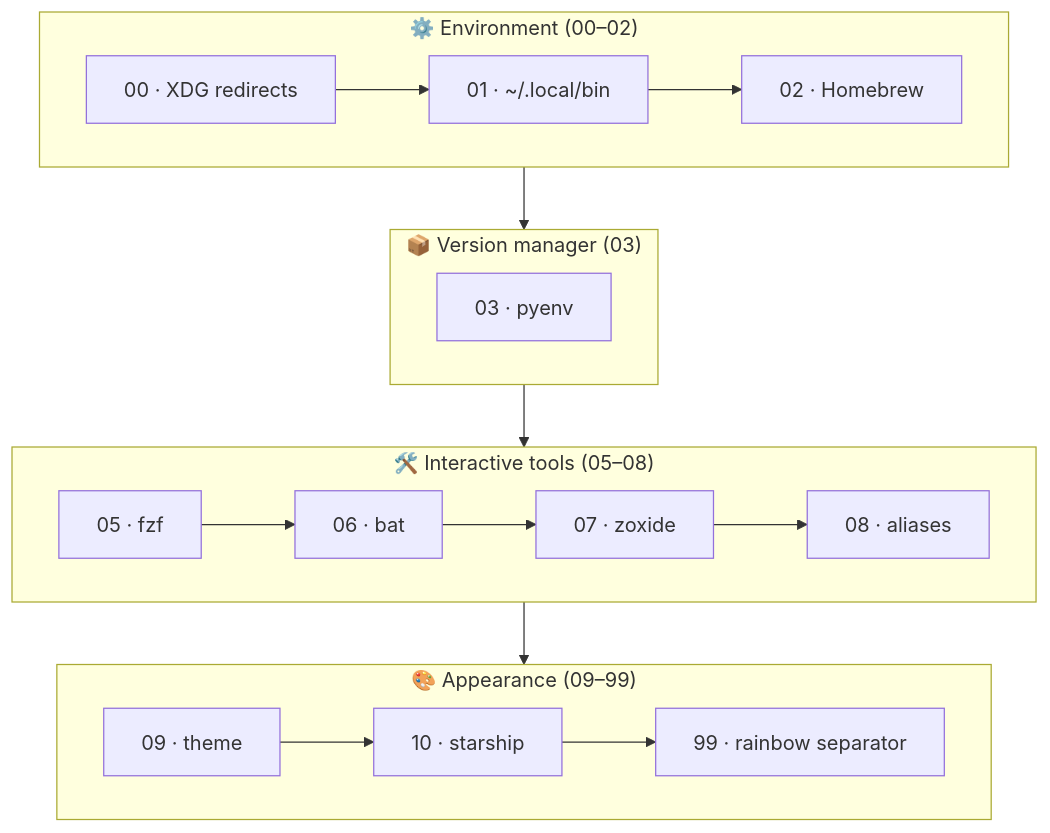
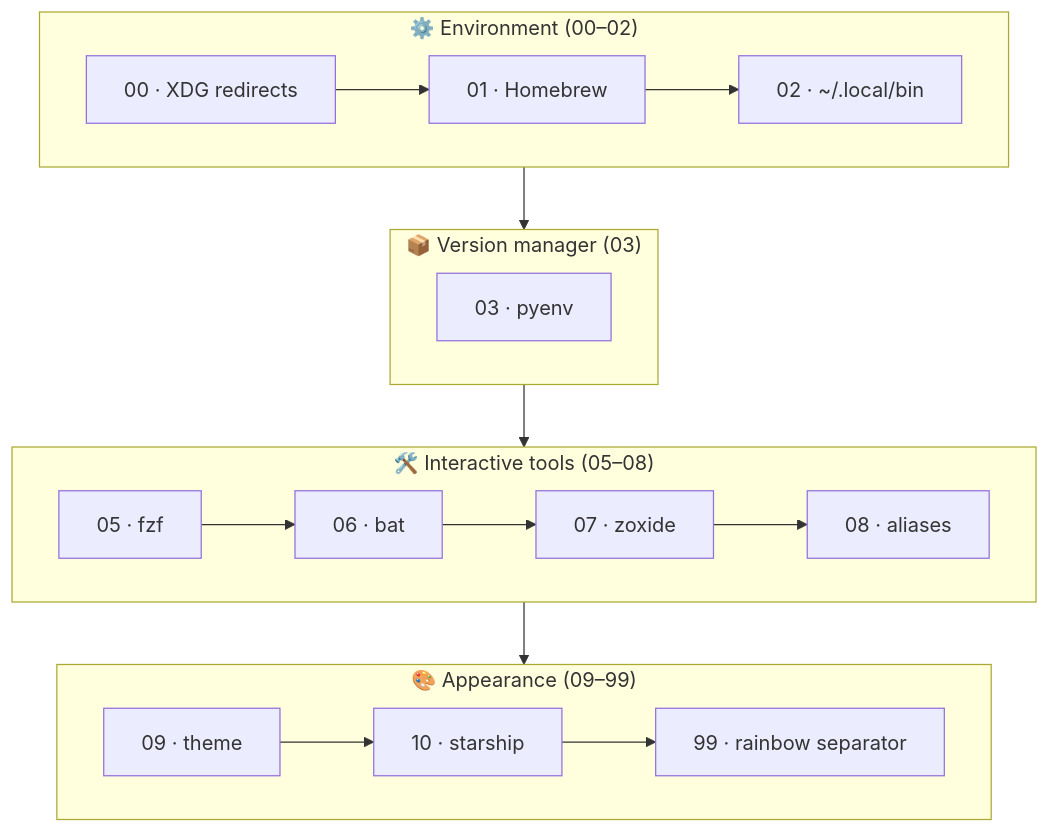
One commit to sergio-santiago/.dotfiles changed the second of 5 diagrams in README.md. Above: the diagram before and after it, drawn with Mermaid. The commit also changed other lines of this file and 5 other files, not shown here.

First line of the commit message:
fix(fish): source ~/.local/bin after Homebrew and add functions-private

````diff
--- a/README.md
+++ b/README.md
@@ -231,16 +235,16 @@
 ```mermaid
 flowchart TD
     subgraph env["⚙️ Environment (00–02)"]
-        x["00 · XDG redirects"] --> b["01 · ~/.local/bin"] --> h["02 · Homebrew"]
+        x["00 · XDG redirects"] --> h["01 · Homebrew"] --> b["02 · ~/.local/bin"]
     end
     subgraph ver["📦 Version manager (03)"]
         py["03 · pyenv"]
     end
     subgraph tools["🛠️ Interactive tools (05–08)"]
         fzf["05 · fzf"] --> batf["06 · bat"] --> zo["07 · zoxide"] --> al["08 · aliases"]
     end
     subgraph look["🎨 Appearance (09–99)"]
         th["09 · theme"] --> sh["10 · starship"] --> rb["99 · rainbow separator"]
     end
     env --> ver --> tools --> look
 ```
````
